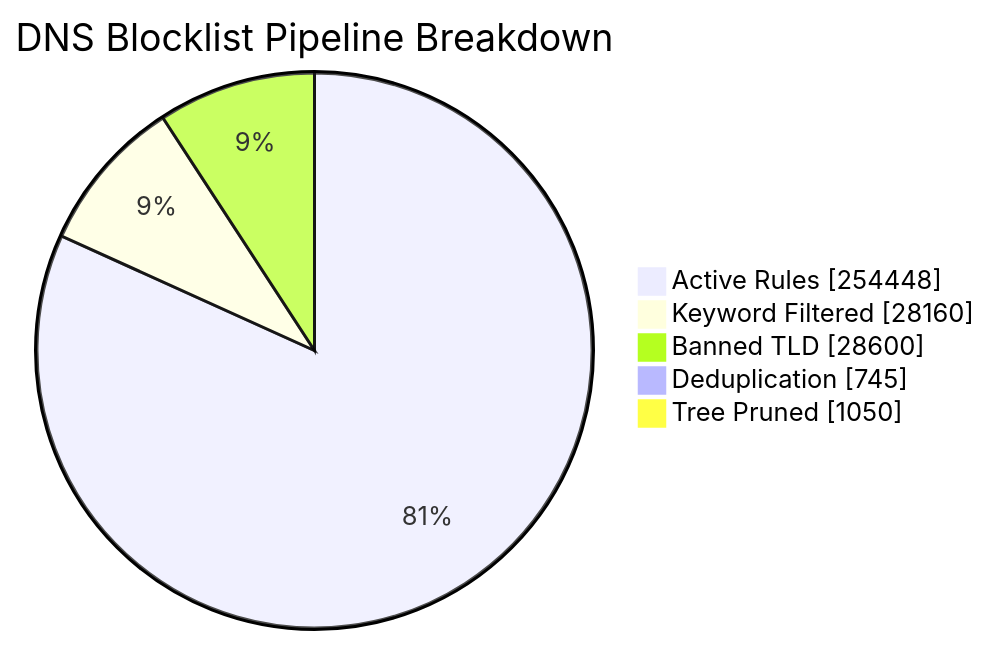
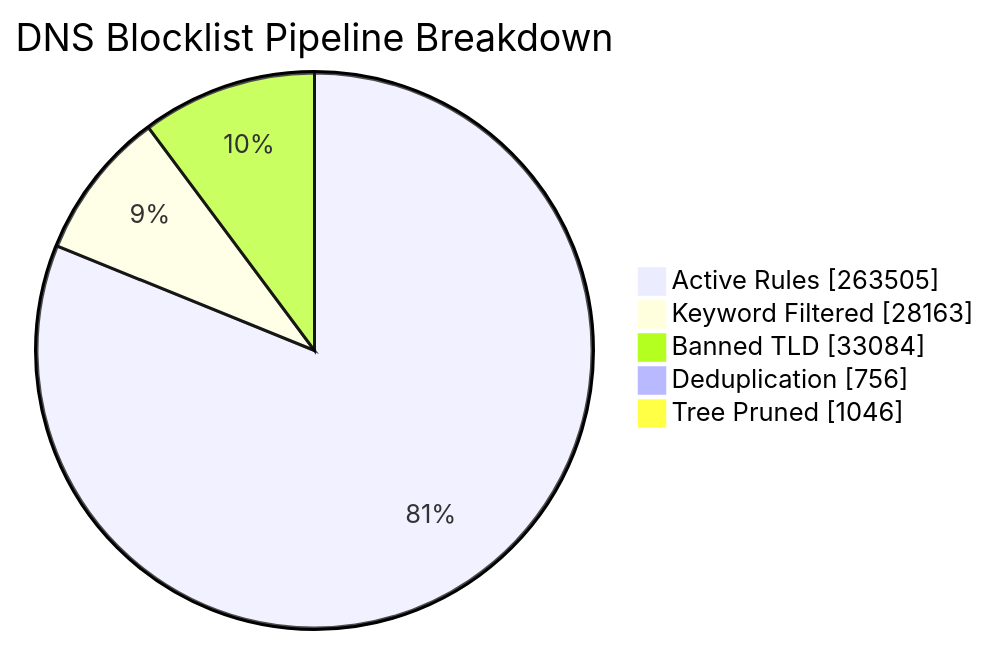
The first of 6 diagrams in README_STATS.md (brojangles24/Cloudflare-ZeroTrust-AdBlock), drawn with Mermaid before and after one commit. The commit also changed other lines of this file and 1 other file, not shown here.

````diff
--- a/README_STATS.md
+++ b/README_STATS.md
@@ -41,8 +41,8 @@
 ```mermaid
 pie showData title DNS Blocklist Pipeline Breakdown
-    "Active Rules"     : 254448
-    "Keyword Filtered" : 28160
-    "Banned TLD"       : 28600
-    "Deduplication"    : 745
-    "Tree Pruned"      : 1050
+    "Active Rules"     : 263505
+    "Keyword Filtered" : 28163
+    "Banned TLD"       : 33084
+    "Deduplication"    : 756
+    "Tree Pruned"      : 1046
 ```
````
